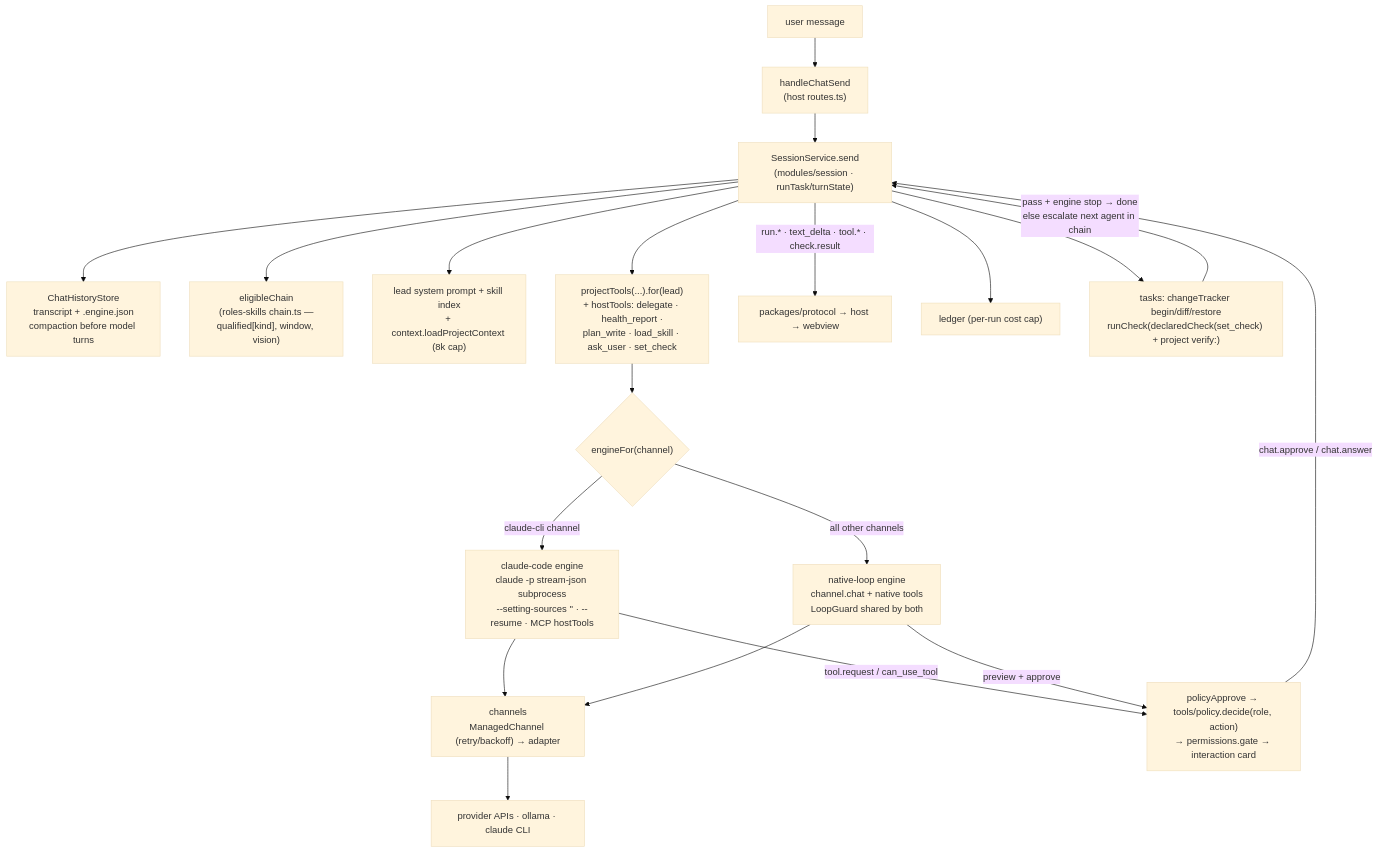
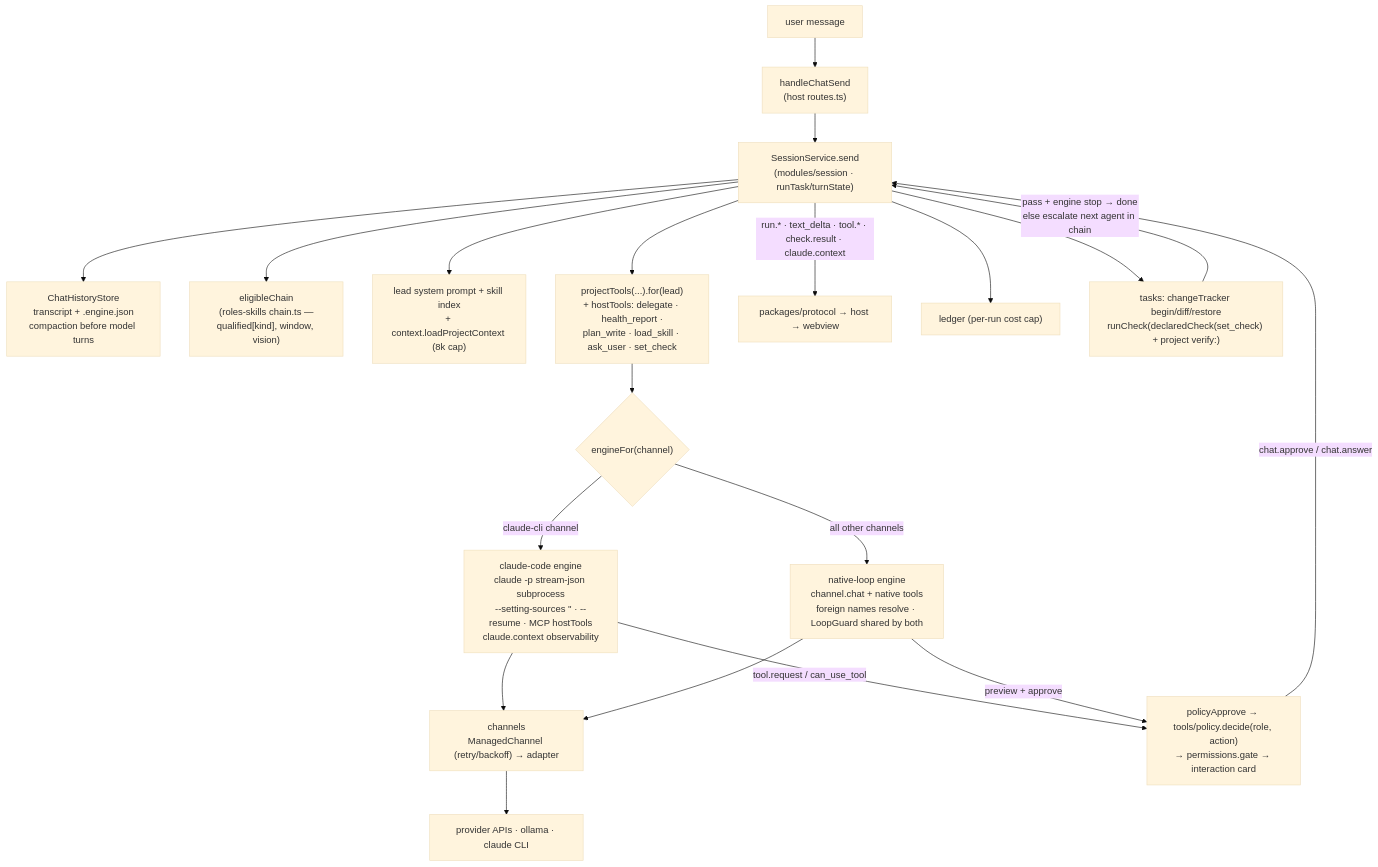
The third of 4 diagrams in docs/ARCHITECTURE_DIAGRAM.md (GDBryant/Stewart), drawn with Mermaid (base theme) before and after one commit. The commit also changed other lines of this file and 18 other files, not shown here.

First line of the commit message:
Claude context: emit claude.context and contextAtFailure

````diff
--- a/docs/ARCHITECTURE_DIAGRAM.md
+++ b/docs/ARCHITECTURE_DIAGRAM.md
@@ -58,23 +60,23 @@
 ```mermaid
 flowchart TD
     U["user message"] --> HS["handleChatSend<br/>(host routes.ts)"]
     HS --> SS["SessionService.send<br/>(modules/session · runTask/turnState)"]
     SS --> HIST["ChatHistoryStore<br/>transcript + <id>.engine.json<br/>compaction before model turns"]
     SS --> CHAIN["eligibleChain<br/>(roles-skills chain.ts —<br/>qualified[kind], window, vision)"]
     SS --> PROMPT["lead system prompt + skill index<br/>+ context.loadProjectContext (8k cap)"]
     SS --> TOOLS["projectTools(...).for(lead)<br/>+ hostTools: delegate · health_report ·<br/>plan_write · load_skill · ask_user · set_check"]
     TOOLS --> ENG{"engineFor(channel)"}
-    ENG -->|"claude-cli channel"| CC["claude-code engine<br/>claude -p stream-json subprocess<br/>--setting-sources '' · --resume · MCP hostTools"]
-    ENG -->|"all other channels"| NL["native-loop engine<br/>channel.chat + native tools<br/>LoopGuard shared by both"]
+    ENG -->|"claude-cli channel"| CC["claude-code engine<br/>claude -p stream-json subprocess<br/>--setting-sources '' · --resume · MCP hostTools<br/>claude.context observability"]
+    ENG -->|"all other channels"| NL["native-loop engine<br/>channel.chat + native tools<br/>foreign names resolve · LoopGuard shared by both"]
     CC --> CH["channels<br/>ManagedChannel (retry/backoff) → adapter"]
     NL --> CH
     CH --> PR["provider APIs · ollama · claude CLI"]
 
     CC -- "tool.request / can_use_tool" --> PA["policyApprove → tools/policy.decide(role, action)<br/>→ permissions.gate → interaction card"]
     NL -- "preview + approve" --> PA
     PA -- "chat.approve / chat.answer" --> SS
-    SS -- "run.* · text_delta · tool.* · check.result" --> EV["packages/protocol → host → webview"]
+    SS -- "run.* · text_delta · tool.* · check.result · claude.context" --> EV["packages/protocol → host → webview"]
     SS --> LED["ledger (per-run cost cap)"]
     SS --> TRK["tasks: changeTracker begin/diff/restore<br/>runCheck(declaredCheck(set_check) + project verify:)"]
     TRK -- "pass + engine stop → done<br/>else escalate next agent in chain" --> SS
 ```
````
